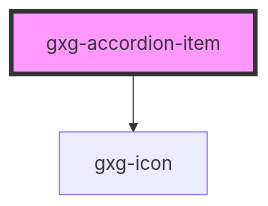
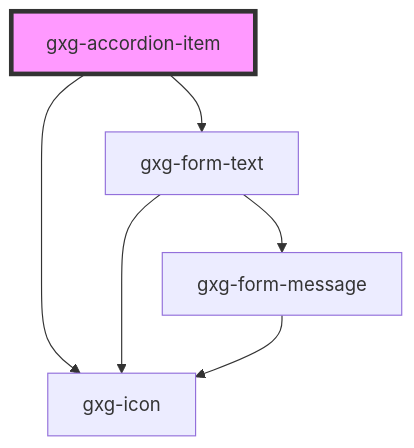
Before and after one commit to genexuslabs/gemini: the diagram in src/components/accordion-item/readme.md, drawn with Mermaid. The commit also changed other lines of this file and 13 other files, not shown here.

````diff
--- a/src/components/accordion-item/readme.md
+++ b/src/components/accordion-item/readme.md
@@ -53,5 +55,9 @@
 ```mermaid
 graph TD;
   gxg-accordion-item --> gxg-icon
+  gxg-accordion-item --> gxg-form-text
+  gxg-form-text --> gxg-icon
+  gxg-form-text --> gxg-form-message
+  gxg-form-message --> gxg-icon
   style gxg-accordion-item fill:#f9f,stroke:#333,stroke-width:4px
 ```
````
